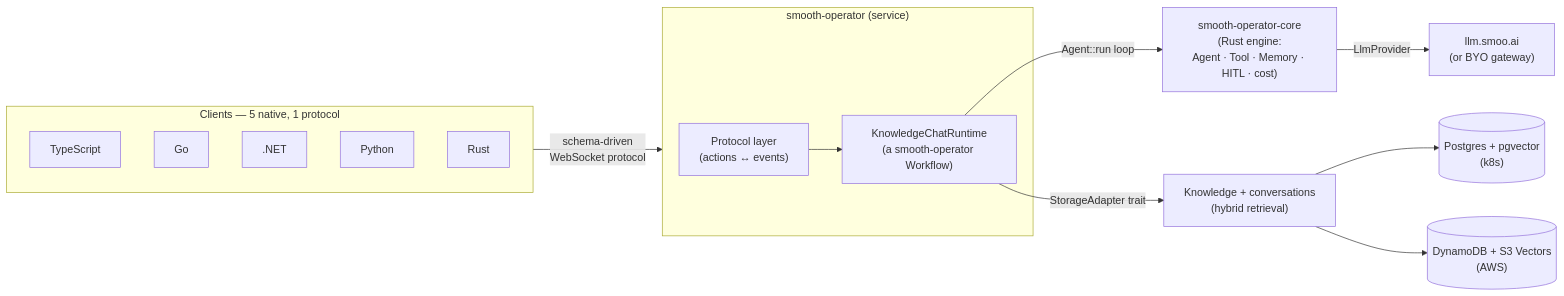
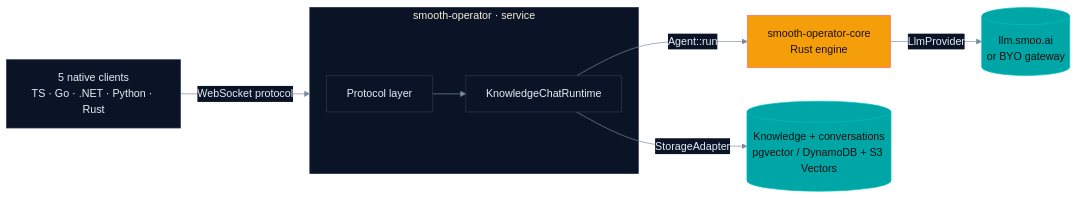
The first of 5 diagrams in README.md (SmooAI/smooth-operator), drawn with Mermaid before and after one commit. The commit also changed other lines of this file and 8 other files, not shown here.

Commit message:
chore: glow up README + diagrams — hero banner, marketing callout (#6)

````diff
--- a/README.md
+++ b/README.md
@@ -165,25 +160,22 @@
 ```mermaid
+%%{init: {'theme':'base','themeVariables':{
+  'background':'#020618','primaryColor':'#0b1426','primaryTextColor':'#e6edf6','primaryBorderColor':'#2b3a52',
+  'lineColor':'#7c8aa0','secondaryColor':'#0b1426','tertiaryColor':'#0b1426','fontFamily':'ui-sans-serif, system-ui, sans-serif',
+  'clusterBkg':'#0b1426','clusterBorder':'#22304a'}}}%%
 flowchart LR
-  subgraph Clients["Clients — 5 native, 1 protocol"]
-    TS["TypeScript"]
-    GO["Go"]
-    NET[".NET"]
-    PY["Python"]
-    RS["Rust"]
+  CLIENTS["5 native clients<br/>TS · Go · .NET · Python · Rust"]
+  CLIENTS -->|"WebSocket protocol"| SVC
+
+  subgraph SVC["smooth-operator · service"]
+    PROTO["Protocol layer"] --> RT["KnowledgeChatRuntime"]
   end
 
-  Clients -->|"schema-driven<br/>WebSocket protocol"| SVC
+  RT -->|"Agent::run"| ENGINE["smooth-operator-core<br/>Rust engine"]
+  ENGINE -->|"LlmProvider"| GW[("llm.smoo.ai<br/>or BYO gateway")]
+  RT -->|"StorageAdapter"| KB[("Knowledge + conversations<br/>pgvector / DynamoDB + S3 Vectors")]
 
-  subgraph SVC["smooth-operator (service)"]
-    PROTO["Protocol layer<br/>(actions ↔ events)"]
-    RT["KnowledgeChatRuntime<br/>(a smooth-operator Workflow)"]
-    PROTO --> RT
-  end
-
-  RT -->|"Agent::run loop"| ENGINE["smooth-operator-core<br/>(Rust engine:<br/>Agent · Tool · Memory · HITL · cost)"]
-  ENGINE -->|"LlmProvider"| GW["llm.smoo.ai<br/>(or BYO gateway)"]
-
-  RT -->|"StorageAdapter trait"| KB["Knowledge + conversations<br/>(hybrid retrieval)"]
-  KB --> PG[("Postgres + pgvector<br/>(k8s)")]
-  KB --> DDB[("DynamoDB + S3 Vectors<br/>(AWS)")]
+  classDef warm fill:#f49f0a,stroke:#ff6b6c,color:#1a0f00;
+  classDef teal fill:#00a6a6,stroke:#00c2c2,color:#011;
+  class ENGINE warm
+  class GW,KB teal
 ```
````
